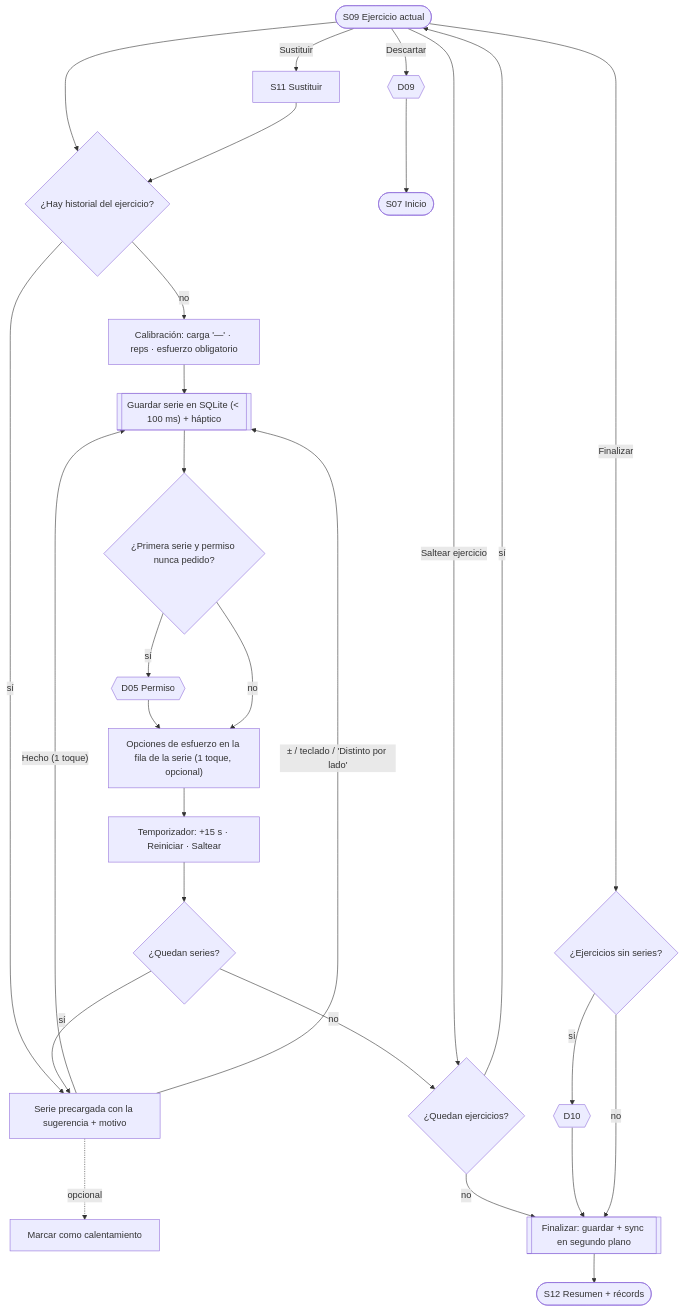
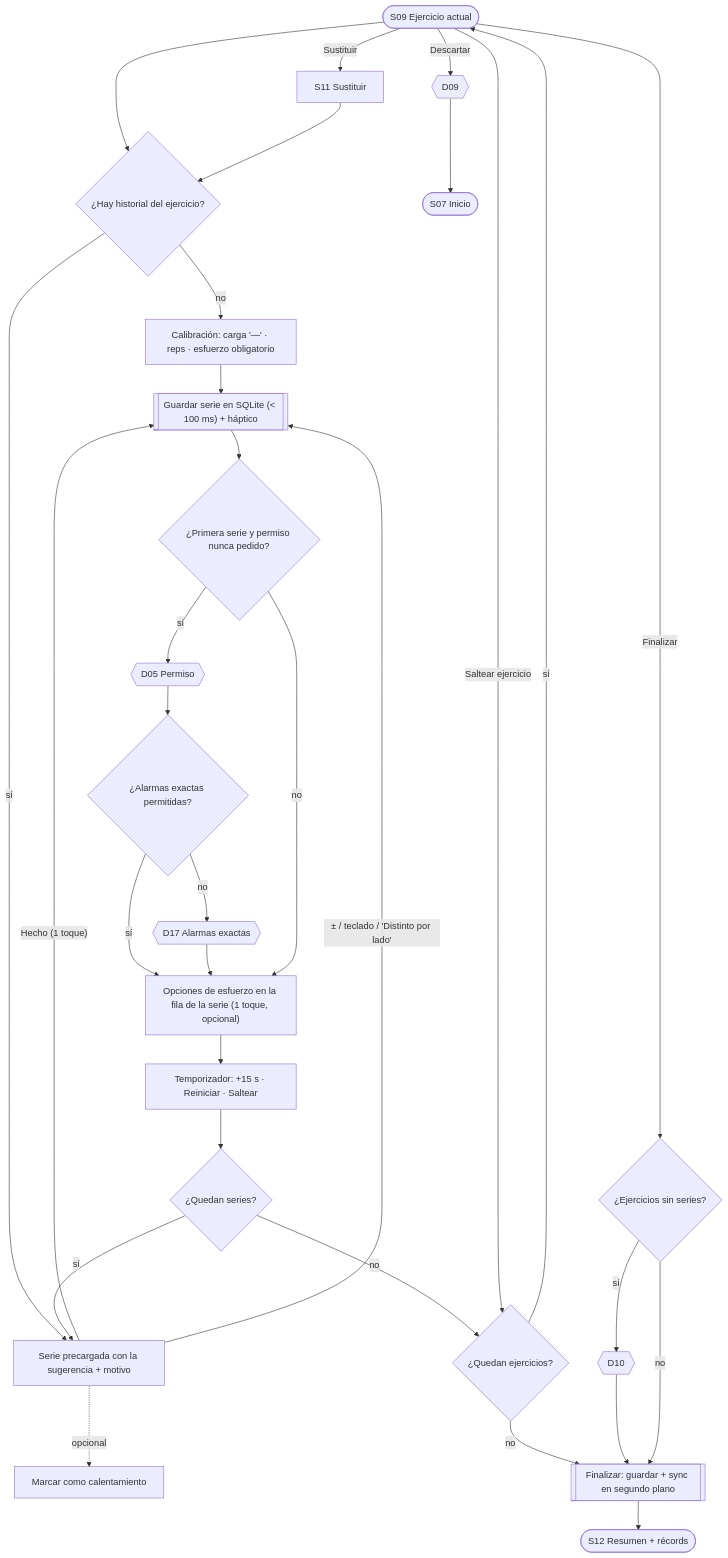
One commit to ivomiyashiro/onerm changed the second of 2 diagrams in docs/especificacion/08-flujos-y-pantallas.md. Above: the diagram before and after it, drawn with Mermaid. The commit also changed other lines of this file and 6 other files, not shown here.

````diff
--- a/docs/especificacion/08-flujos-y-pantallas.md
+++ b/docs/especificacion/08-flujos-y-pantallas.md
@@ -120,26 +121,28 @@
 ```mermaid
 flowchart TD
     S09([S09 Ejercicio actual]) --> HIST{¿Hay historial del ejercicio?}
     HIST -- "no" --> CAL["Calibración: carga '—' · reps · esfuerzo obligatorio"]
     HIST -- "sí" --> PRE["Serie precargada con la sugerencia + motivo"]
     PRE -. "opcional" .-> WU["Marcar como calentamiento"]
     CAL --> LOG
     PRE -- "Hecho (1 toque)" --> LOG[["Guardar serie en SQLite (< 100 ms) + háptico"]]
     PRE -- "± / teclado / 'Distinto por lado'" --> LOG
     LOG --> FIRSTP{¿Primera serie y permiso nunca pedido?}
-    FIRSTP -- sí --> D05{{D05 Permiso}} --> EFF
+    FIRSTP -- sí --> D05{{D05 Permiso}} --> EXACT{¿Alarmas exactas permitidas?}
+    EXACT -- sí --> EFF
+    EXACT -- no --> D17{{D17 Alarmas exactas}} --> EFF
     FIRSTP -- no --> EFF["Opciones de esfuerzo en la fila de la serie (1 toque, opcional)"]
     EFF --> TIMER["Temporizador: +15 s · Reiniciar · Saltear"]
     TIMER --> MORE{¿Quedan series?}
     MORE -- sí --> PRE
     MORE -- no --> NEXT{¿Quedan ejercicios?}
     NEXT -- sí --> S09
     NEXT -- no --> FIN
     S09 -- "Saltear ejercicio" --> NEXT
     S09 -- "Sustituir" --> S11[S11 Sustituir] --> HIST
     S09 -- "Finalizar" --> PEND{¿Ejercicios sin series?}
     PEND -- sí --> D10{{D10}} --> FIN
     PEND -- no --> FIN[[Finalizar: guardar + sync en segundo plano]]
     FIN --> S12([S12 Resumen + récords])
     S09 -- "Descartar" --> D09{{D09}} --> S07([S07 Inicio])
 ```
````
